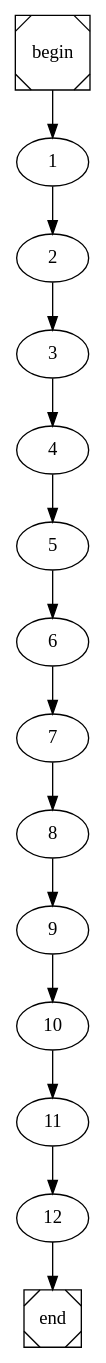
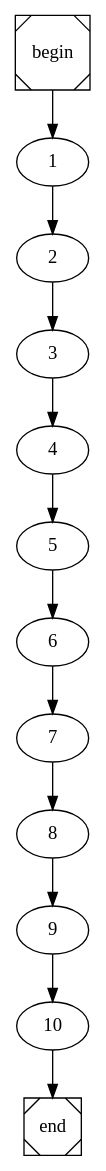
The diagram in constInstr.dot (pedrojfs17/FEUP-COMP), drawn with Graphviz before and after one commit. The commit also changed 7 other files, not shown here.

```diff
--- a/constInstr.dot
+++ b/constInstr.dot
@@ -1,4 +1,4 @@
 digraph cfg {
 	begin [shape=Msquare];
 	end [shape=Msquare];
-	begin -> 1;	1 -> 2;	2 -> 3;	3 -> 4;	4 -> 5;	5 -> 6;	6 -> 7;	7 -> 8;	8 -> 9;	9 -> 10;	10 -> 11;	11 -> 12;	12 -> end;}
+	begin -> 1;	1 -> 2;	2 -> 3;	3 -> 4;	4 -> 5;	5 -> 6;	6 -> 7;	7 -> 8;	8 -> 9;	9 -> 10;	10 -> end;}
```
